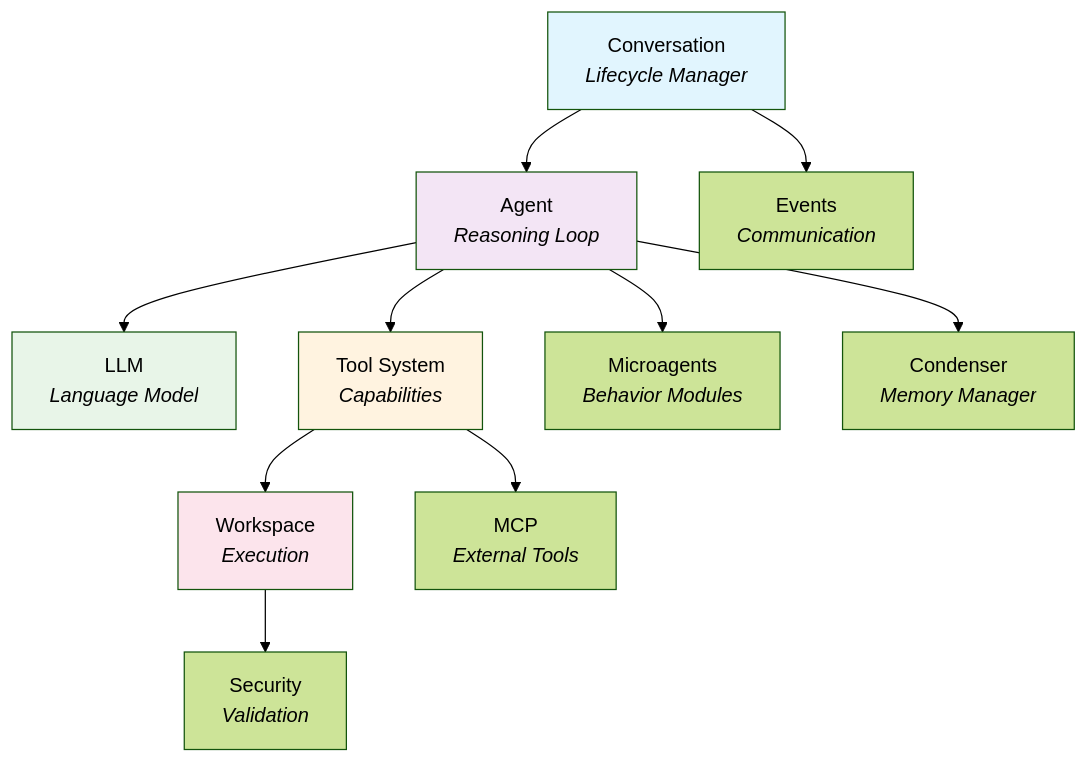
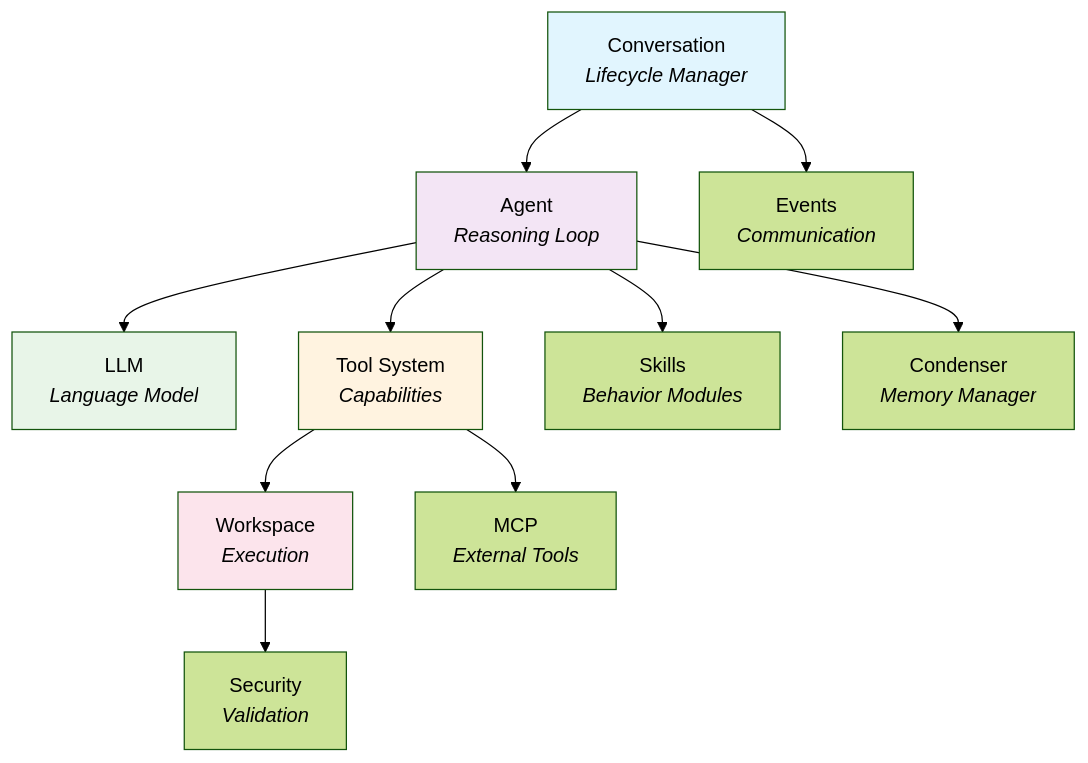
The diagram in sdk/arch/sdk.mdx (OpenHands/docs), drawn with Mermaid (forest theme) before and after one commit. The commit also changed other lines of this file and 15 other files, not shown here.

First line of the commit message:
Rebrand microagents to skills and centralize documentation (#129)

````diff
--- a/sdk/arch/sdk.mdx
+++ b/sdk/arch/sdk.mdx
@@ -22,21 +22,21 @@
 ```mermaid
 graph TB
     Conv[Conversation<br/><i>Lifecycle Manager</i>] --> Agent[Agent<br/><i>Reasoning Loop</i>]
     
     Agent --> LLM[LLM<br/><i>Language Model</i>]
     Agent --> Tools[Tool System<br/><i>Capabilities</i>]
-    Agent --> Micro[Microagents<br/><i>Behavior Modules</i>]
+    Agent --> Micro[Skills<br/><i>Behavior Modules</i>]
     Agent --> Cond[Condenser<br/><i>Memory Manager</i>]
     
     Tools --> Workspace[Workspace<br/><i>Execution</i>]
     
     Conv --> Events[Events<br/><i>Communication</i>]
     Tools --> MCP[MCP<br/><i>External Tools</i>]
     Workspace --> Security[Security<br/><i>Validation</i>]
     
     style Conv fill:#e1f5fe
     style Agent fill:#f3e5f5
     style LLM fill:#e8f5e8
     style Tools fill:#fff3e0
     style Workspace fill:#fce4ec
 ```
````
